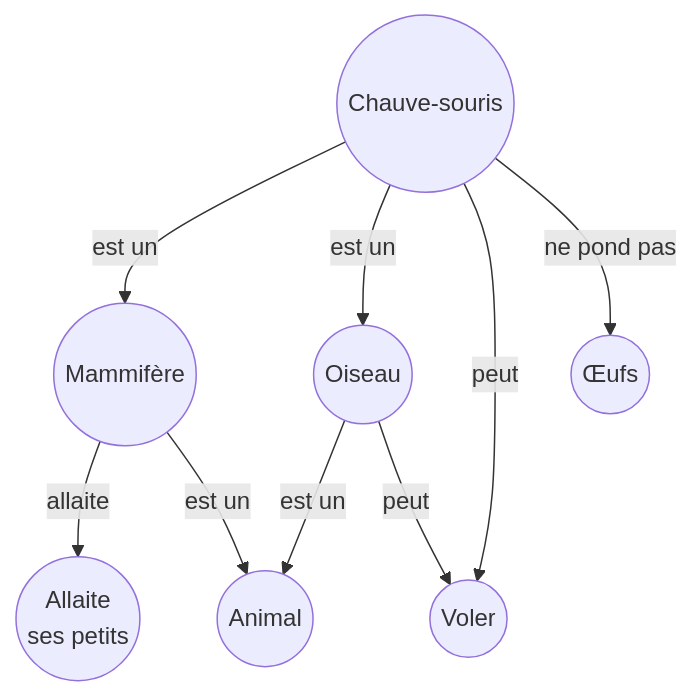
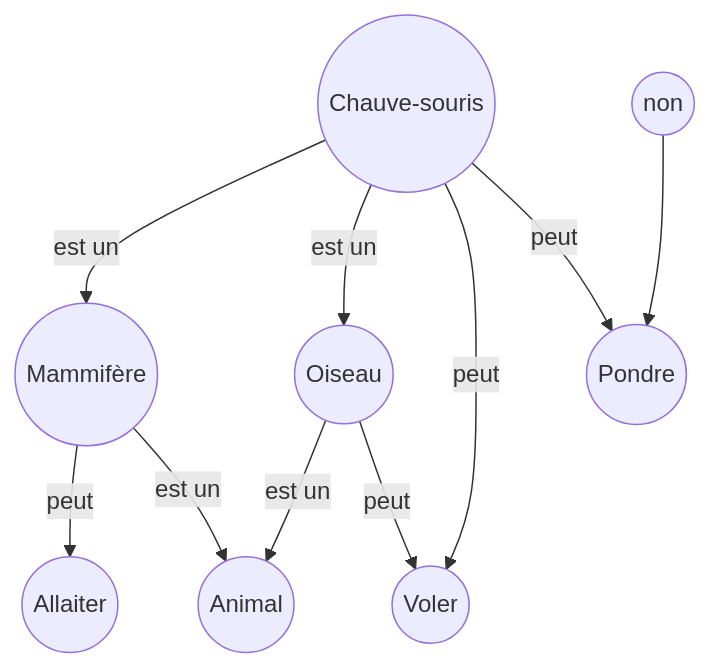
One commit to moad-cher/TPs-Ingenierie-des-Connaissances- changed the first of 3 diagrams in TD-réseaux_semantiques/TD-CHERGUI-Moad.md. Above: the diagram before and after it, drawn with Mermaid. The commit also changed other lines of this file and 1 other file, not shown here.

````diff
--- a/TD-réseaux_semantiques/TD-CHERGUI-Moad.md
+++ b/TD-réseaux_semantiques/TD-CHERGUI-Moad.md
@@ -24,19 +24,20 @@
-    ```mermaid
+```mermaid
     graph
         Animal((Animal))
         Oiseau((Oiseau))
         Mammifere((Mammifère))
         ChauveSouris((Chauve-souris))
-        Oeufs((Œufs))
+        pondre((Pondre))
         Voler((Voler))
-        Allaiter((Allaite <br>ses petits))
+        Allaiter((Allaiter))
 
+        Mammifere -->|peut| Allaiter
+        Mammifere -->|est un| Animal
         Oiseau -->|est un| Animal
         Oiseau -->|peut| Voler
-        Mammifere -->|allaite| Allaiter
-        Mammifere -->|est un| Animal
         ChauveSouris -->|est un| Mammifere
         ChauveSouris -->|est un| Oiseau
         ChauveSouris -->|peut| Voler
-        ChauveSouris -->|ne pond pas| Oeufs
-    ```
+        ChauveSouris -->|peut| pondre
+        n(("non"))-->pondre
+```
````
